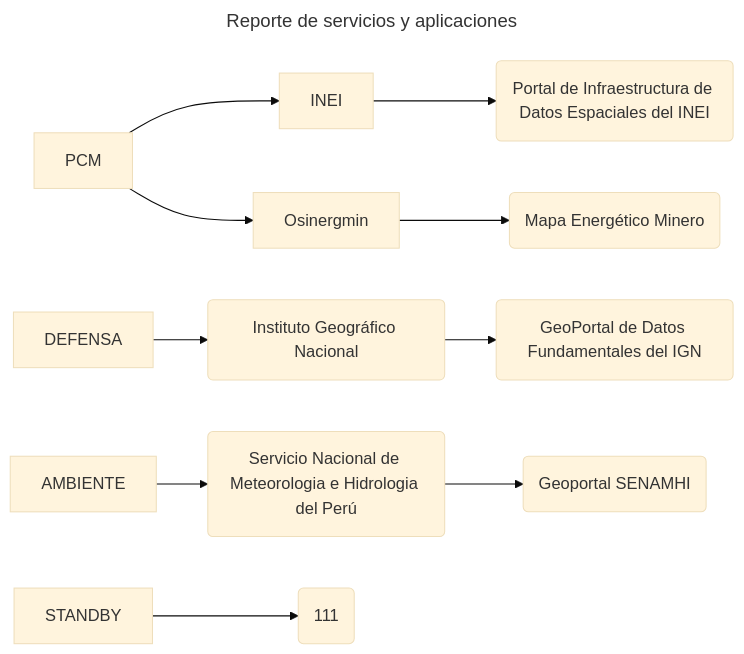
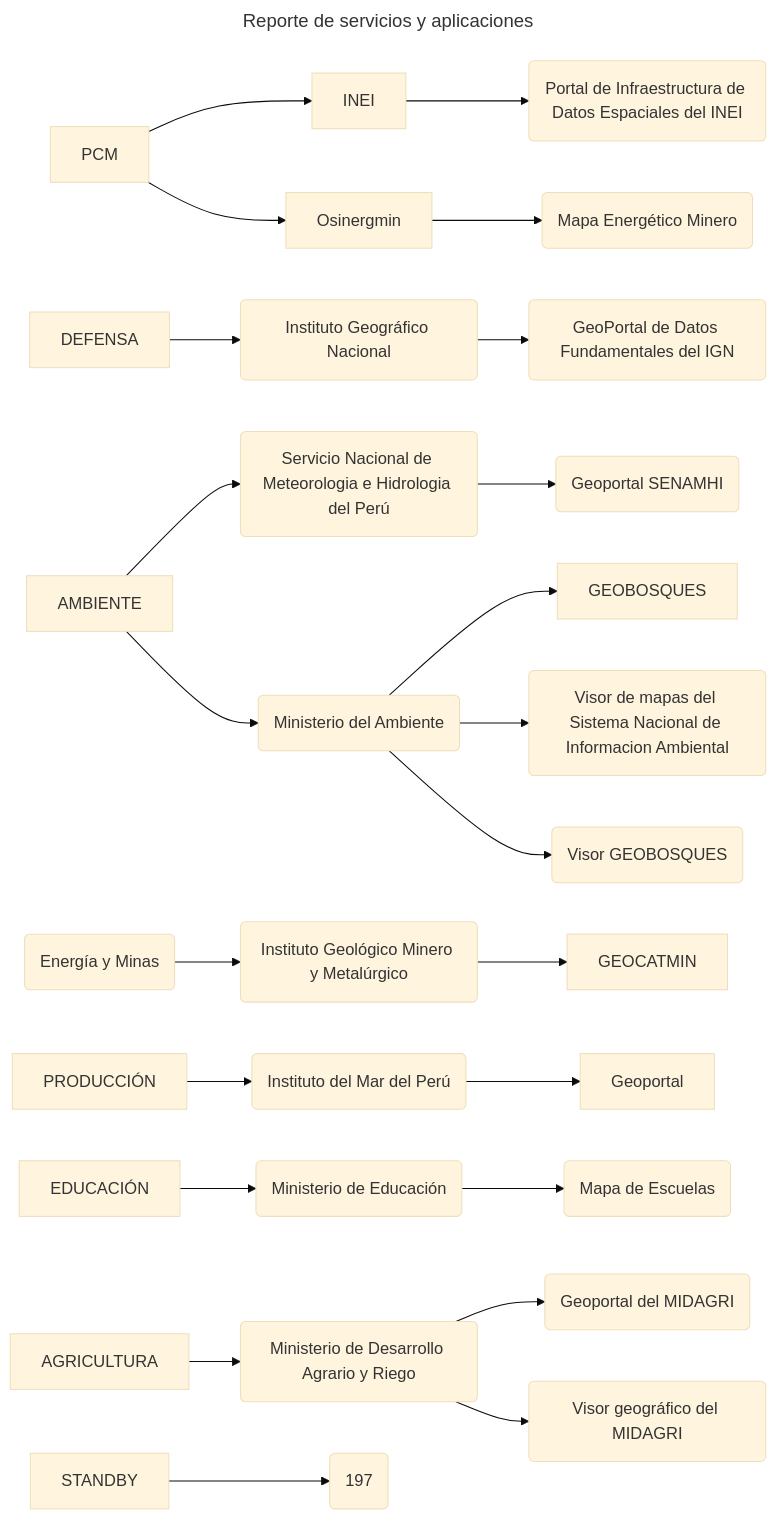
Before and after one commit to ccalobeto/gov-servers: the diagram in Readme.md, drawn with Mermaid (base theme).

````diff
--- a/Readme.md
+++ b/Readme.md
@@ -3,21 +3,42 @@
 ```mermaid
 ---
 title: Reporte de servicios y aplicaciones
 ---
 flowchart LR
 PCM-->INEI
 INEI-->C(Portal de Infraestructura de Datos Espaciales del INEI)
 PCM-->Osinergmin
 Osinergmin-->D(Mapa Energético Minero)
 DEFENSA-->E(Instituto Geográfico Nacional)
 E-->F(GeoPortal de Datos Fundamentales del IGN)
 AMBIENTE-->G(Servicio Nacional de Meteorologia e Hidrologia del Perú)
 G-->H(Geoportal SENAMHI)
-STANDBY-->I(111)
+I(Energía y Minas)-->J(Instituto Geológico Minero y Metalúrgico)
+J-->GEOCATMIN
+PRODUCCIÓN-->K(Instituto del Mar del Perú)
+K-->Geoportal
+AMBIENTE-->L(Ministerio del Ambiente)
+L-->GEOBOSQUES
+L-->M(Visor de mapas del Sistema Nacional de Informacion Ambiental)
+L-->N(Visor GEOBOSQUES)
+EDUCACIÓN-->O(Ministerio de Educación)
+O-->P(Mapa de Escuelas)
+AGRICULTURA-->Q(Ministerio de Desarrollo Agrario y Riego)
+Q-->R(Geoportal del MIDAGRI)
+Q-->S(Visor geográfico del MIDAGRI)
+STANDBY-->AA(197)
 
 click C "https://ide.inei.gob.pe/"
 click D "http://gisem.osinergmin.gob.pe/menergetico/"
 click F "https://www.idep.gob.pe/"
 click H "http://idesep.senamhi.gob.pe/geovisoridesep"
+click GEOCATMIN "https://geocatmin.ingemmet.gob.pe/geocatmin/main"
+click Geoportal "https://satelite.imarpe.gob.pe/#/"
+click GEOBOSQUES "http://geobosques.minam.gob.pe/geobosque/view/index.php"
+click M "https://sinia.minam.gob.pe/indicadores-estadisticas"
+click N "http://geobosques.minam.gob.pe/geobosque/visor/"
+click P "http://sigmed.minedu.gob.pe/mapaeducativo/"
+click R "https://geo.midagri.gob.pe/"
+click S "https://geovisor.midagri.gob.pe/"
 
 ```
````
